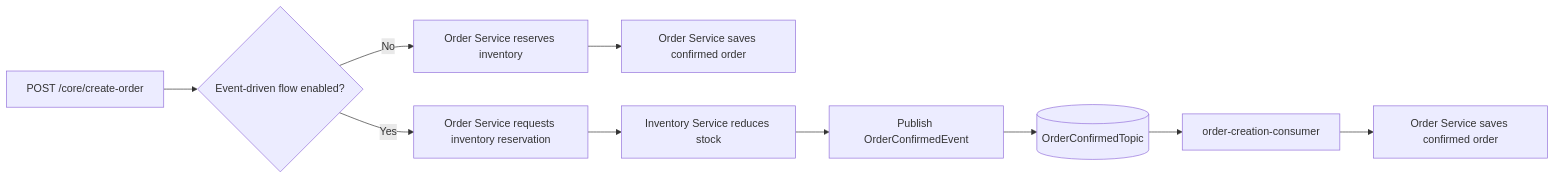
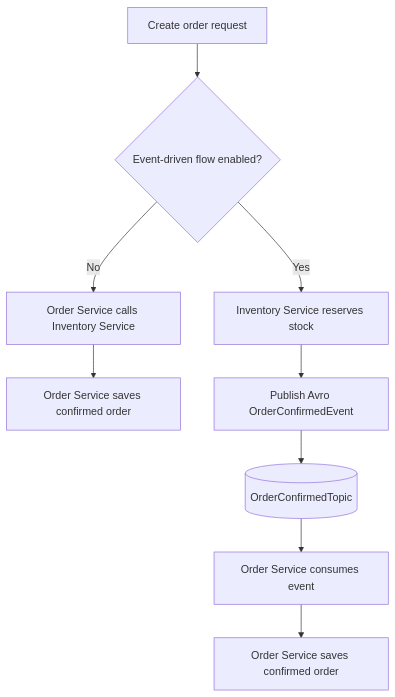
One commit to shubhgaur37/eCommerce changed the second of 2 diagrams in README.md. Above: the diagram before and after it, drawn with Mermaid. The commit also changed other lines of this file and 1 other file, not shown here.

````diff
--- a/README.md
+++ b/README.md
@@ -225,14 +69,11 @@
 ```mermaid
-flowchart LR
-    request["POST /core/create-order"] --> flag{"Event-driven flow enabled?"}
-
-    flag -->|No| syncReserve["Order Service reserves inventory"]
-    syncReserve --> syncSave["Order Service saves confirmed order"]
-
-    flag -->|Yes| reserve["Order Service requests inventory reservation"]
-    reserve --> reduce["Inventory Service reduces stock"]
-    reduce --> event["Publish OrderConfirmedEvent"]
-    event --> topic[(OrderConfirmedTopic)]
-    topic --> listener["order-creation-consumer"]
-    listener --> asyncSave["Order Service saves confirmed order"]
+flowchart TD
+    request[Create order request] --> flag{Event-driven flow enabled?}
+    flag -->|No| sync[Order Service calls Inventory Service]
+    sync --> syncSave[Order Service saves confirmed order]
+    flag -->|Yes| reserve[Inventory Service reserves stock]
+    reserve --> publish[Publish Avro OrderConfirmedEvent]
+    publish --> topic[(OrderConfirmedTopic)]
+    topic --> consume[Order Service consumes event]
+    consume --> asyncSave[Order Service saves confirmed order]
 ```
````
